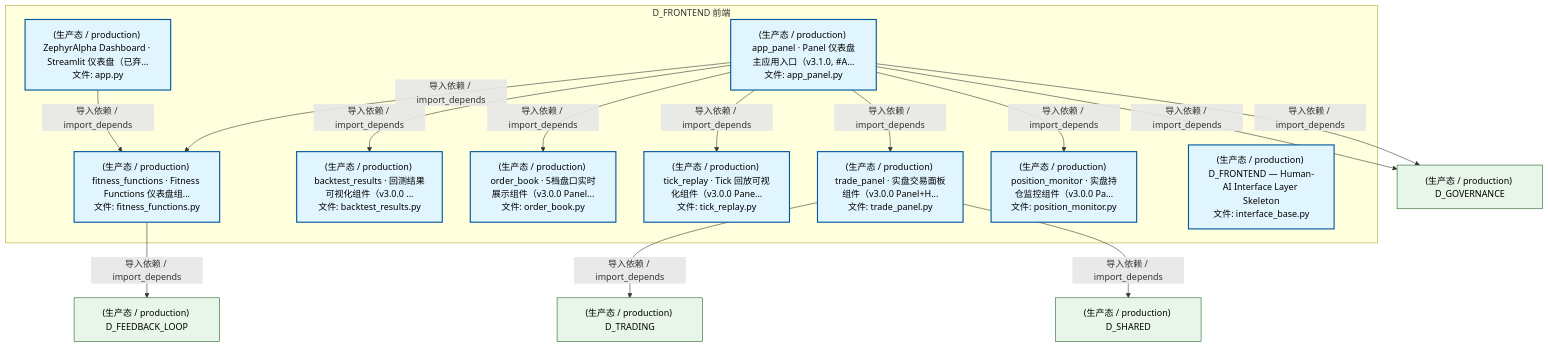
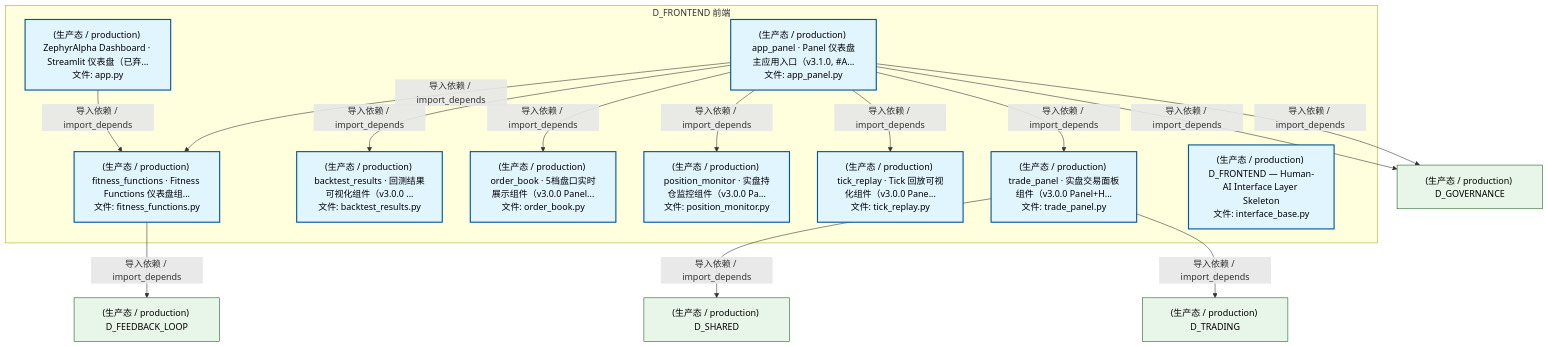
One commit to xuanFelixVan/ZephyrAlpha changed the second of 5 diagrams in docs/02_enterprise_architecture/02_domain_architecture_docs/15_d_frontend.md. Above: the diagram before and after it, drawn with Mermaid. The commit also changed 85 other files, not shown here.

````diff
--- a/docs/02_enterprise_architecture/02_domain_architecture_docs/15_d_frontend.md
+++ b/docs/02_enterprise_architecture/02_domain_architecture_docs/15_d_frontend.md
@@ -165,36 +165,36 @@
 ```mermaid
 graph TD
     subgraph D_FRONTEND["D_FRONTEND 前端"]
         src_zephyr_frontend_dashboard_app_py["(生产态 / production) ZephyrAlpha Dashboard · Streamlit 仪表盘（已弃...<br/>文件: app.py"]
         src_zephyr_frontend_dashboard_app_panel_py["(生产态 / production) app_panel · Panel 仪表盘主应用入口（v3.1.0, #A...<br/>文件: app_panel.py"]
         src_zephyr_frontend_dashboard_components_backtest_results_py["(生产态 / production) backtest_results · 回测结果可视化组件（v3.0.0 ...<br/>文件: backtest_results.py"]
         src_zephyr_frontend_dashboard_components_fitness_functions_py["(生产态 / production) fitness_functions · Fitness Functions 仪表盘组...<br/>文件: fitness_functions.py"]
         src_zephyr_frontend_dashboard_components_order_book_py["(生产态 / production) order_book · 5档盘口实时展示组件（v3.0.0 Panel...<br/>文件: order_book.py"]
         src_zephyr_frontend_dashboard_components_position_monitor_py["(生产态 / production) position_monitor · 实盘持仓监控组件（v3.0.0 Pa...<br/>文件: position_monitor.py"]
         src_zephyr_frontend_dashboard_components_tick_replay_py["(生产态 / production) tick_replay · Tick 回放可视化组件（v3.0.0 Pane...<br/>文件: tick_replay.py"]
         src_zephyr_frontend_dashboard_components_trade_panel_py["(生产态 / production) trade_panel · 实盘交易面板组件（v3.0.0 Panel+H...<br/>文件: trade_panel.py"]
         src_zephyr_frontend_interface_base_py["(生产态 / production) D_FRONTEND — Human-AI Interface Layer Skeleton<br/>文件: interface_base.py"]
     end
+    src_zephyr_frontend_dashboard_app_py -->|导入依赖 / import_depends| src_zephyr_frontend_dashboard_components_fitness_functions_py
     src_zephyr_frontend_dashboard_app_panel_py -->|导入依赖 / import_depends| src_zephyr_frontend_dashboard_components_fitness_functions_py
     src_zephyr_frontend_dashboard_app_panel_py -->|导入依赖 / import_depends| src_zephyr_frontend_dashboard_components_backtest_results_py
     src_zephyr_frontend_dashboard_app_panel_py -->|导入依赖 / import_depends| src_zephyr_frontend_dashboard_components_order_book_py
+    src_zephyr_frontend_dashboard_app_panel_py -->|导入依赖 / import_depends| src_zephyr_frontend_dashboard_components_position_monitor_py
     src_zephyr_frontend_dashboard_app_panel_py -->|导入依赖 / import_depends| src_zephyr_frontend_dashboard_components_tick_replay_py
     src_zephyr_frontend_dashboard_app_panel_py -->|导入依赖 / import_depends| src_zephyr_frontend_dashboard_components_trade_panel_py
-    src_zephyr_frontend_dashboard_app_panel_py -->|导入依赖 / import_depends| src_zephyr_frontend_dashboard_components_position_monitor_py
-    src_zephyr_frontend_dashboard_app_py -->|导入依赖 / import_depends| src_zephyr_frontend_dashboard_components_fitness_functions_py
+    D_GOVERNANCE["(生产态 / production) D_GOVERNANCE"]
+    src_zephyr_frontend_dashboard_app_panel_py -->|导入依赖 / import_depends| D_GOVERNANCE
     D_FEEDBACK_LOOP["(生产态 / production) D_FEEDBACK_LOOP"]
     src_zephyr_frontend_dashboard_components_fitness_functions_py -->|导入依赖 / import_depends| D_FEEDBACK_LOOP
-    D_GOVERNANCE["(生产态 / production) D_GOVERNANCE"]
-    src_zephyr_frontend_dashboard_app_panel_py -->|导入依赖 / import_depends| D_GOVERNANCE
+    D_SHARED["(生产态 / production) D_SHARED"]
+    src_zephyr_frontend_dashboard_components_trade_panel_py -->|导入依赖 / import_depends| D_SHARED
     src_zephyr_frontend_dashboard_app_panel_py -->|导入依赖 / import_depends| D_GOVERNANCE
     D_TRADING["(生产态 / production) D_TRADING"]
     src_zephyr_frontend_dashboard_components_trade_panel_py -->|导入依赖 / import_depends| D_TRADING
-    D_SHARED["(生产态 / production) D_SHARED"]
-    src_zephyr_frontend_dashboard_components_trade_panel_py -->|导入依赖 / import_depends| D_SHARED
     classDef production fill:#e1f5fe,stroke:#01579b,stroke-width:2px,color:#000
     classDef design fill:#fff3e0,stroke:#e65100,stroke-width:2px,color:#000,stroke-dasharray: 5 5
     classDef external_prod fill:#e8f5e9,stroke:#1b5e20,stroke-width:1px,color:#000
     classDef external_design fill:#fce4ec,stroke:#880e4f,stroke-width:1px,color:#000,stroke-dasharray: 5 5
     class src_zephyr_frontend_dashboard_app_py,src_zephyr_frontend_dashboard_app_panel_py,src_zephyr_frontend_dashboard_components_backtest_results_py,src_zephyr_frontend_dashboard_components_fitness_functions_py,src_zephyr_frontend_dashboard_components_order_book_py,src_zephyr_frontend_dashboard_components_position_monitor_py,src_zephyr_frontend_dashboard_components_tick_replay_py,src_zephyr_frontend_dashboard_components_trade_panel_py,src_zephyr_frontend_interface_base_py production
-    class D_FEEDBACK_LOOP,D_GOVERNANCE,D_TRADING,D_SHARED external_prod
+    class D_GOVERNANCE,D_FEEDBACK_LOOP,D_SHARED,D_TRADING external_prod
 ```
````
